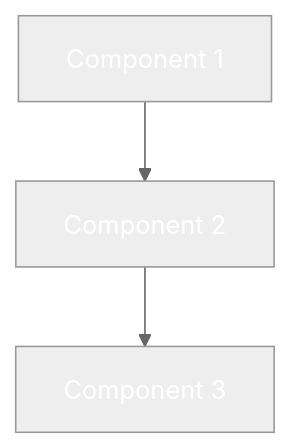
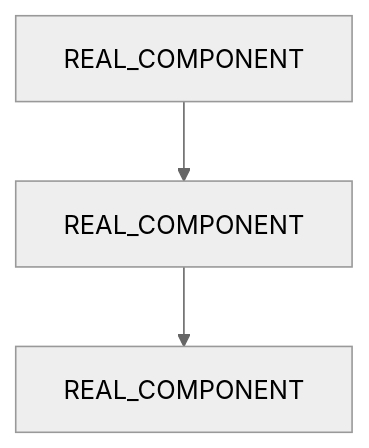
One commit to qinnovates/repo-design-kit changed the diagram in templates/README.template.md. Above: the diagram before and after it, drawn with Mermaid (neutral theme). The commit also changed other lines of this file and 4 other files, not shown here.

````diff
--- a/templates/README.template.md
+++ b/templates/README.template.md
@@ -134,8 +133,4 @@
 ```mermaid
 graph TD
-    A["Component 1"] --> B["Component 2"] --> C["Component 3"]
-
-    style A fill:#BADGE_PRIMARY,stroke:#STROKE_1,color:#fff
-    style B fill:#BADGE_SECONDARY,stroke:#STROKE_2,color:#fff
-    style C fill:#BADGE_TERTIARY,stroke:#STROKE_3,color:#fff
+    A["REAL_COMPONENT"] --> B["REAL_COMPONENT"] --> C["REAL_COMPONENT"]
 ```
````
